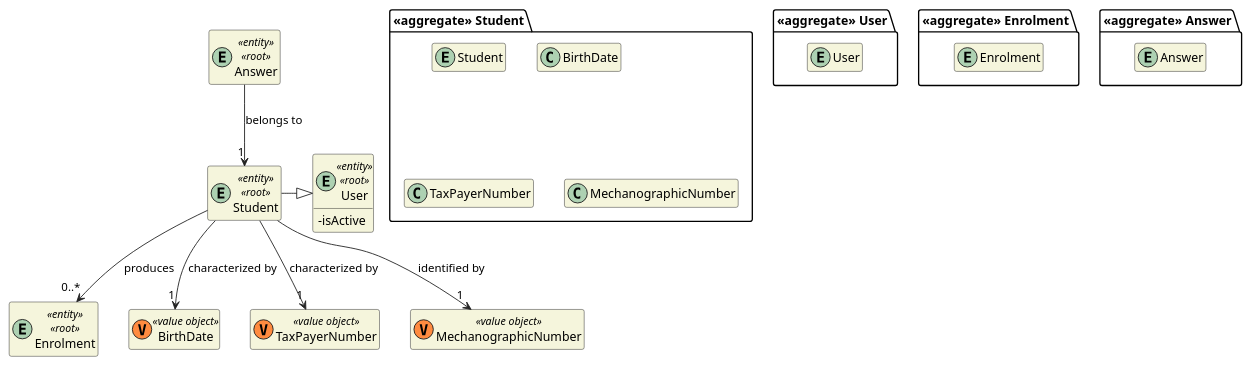
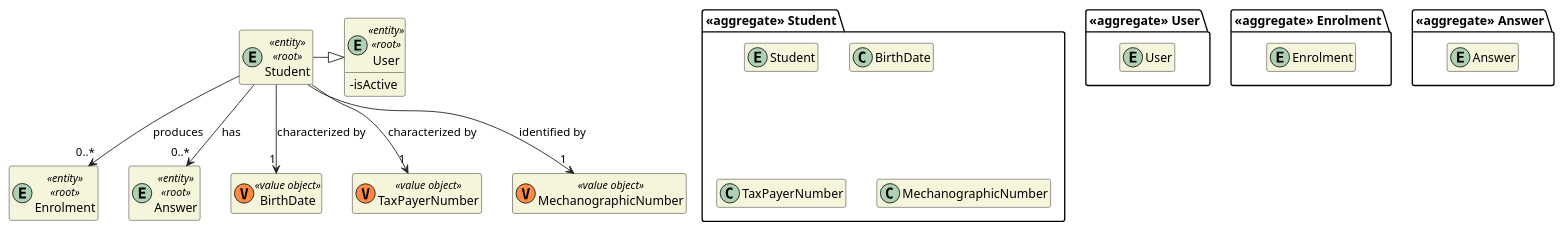
One commit to miseEnPlace-dev/lapr4 changed the diagram in docs/dm/DM_Student.puml. Above: the diagram before and after it, drawn with PlantUML. The commit also changed 3 other files, not shown here.

```diff
--- a/docs/dm/DM_Student.puml
+++ b/docs/dm/DM_Student.puml
@@ -1,57 +1,57 @@
 @startuml DM-STUDENT
 'https://plantuml.com/class-diagram
 
 skinparam classAttributeIconSize 0
 hide empty attributes
 hide empty methods
 skinparam classBackgroundColor beige
 skinparam ArrowColor #222222
 
 package "<<aggregate>> User" {
     entity User
 }
 
 entity User <<entity>> <<root>> {
   - isActive
 }
 
 package "<<aggregate>> Enrolment" {
   entity Enrolment
 }
 
 entity Enrolment <<entity>> <<root>> {
 }
 
 package "<<aggregate>> Answer" {
   entity Answer
 }
 
 entity Answer <<entity>> <<root>> {
 }
 
 package "<<aggregate>> Student" {
   entity Student
 
   class BirthDate
   class TaxPayerNumber
   class MechanographicNumber
 }
 
 entity Student <<entity>> <<root>> {
 }
 
 class BirthDate <<(V,#FF8B40) value object>> {}
 class TaxPayerNumber <<(V,#FF8B40) value object>> {}
 class MechanographicNumber <<(V,#FF8B40) value object>> {}
 
 Student --> "1" BirthDate : characterized by
 Student --> "1" TaxPayerNumber : characterized by
 Student --> "1" MechanographicNumber : identified by
 
 Student -|> User
 
 Student --> "0..*" Enrolment : produces
 
-Answer --> "1" Student : belongs to
+Student --> "0..*" Answer : has
 
 @enduml
```
